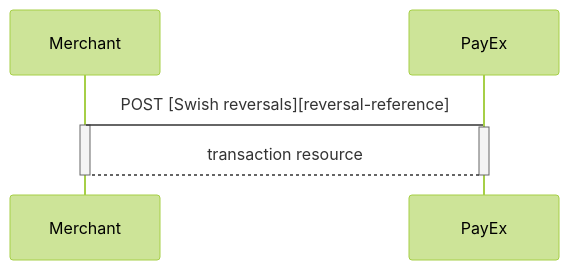
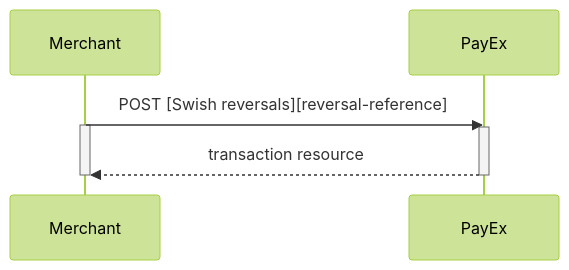
Before and after one commit to SwedbankPay/developer.swedbankpay.com: the sixth of 7 diagrams in payments/swish/index.md, drawn with Mermaid (forest theme). The commit also changed other lines of this file, not shown here.

Commit message:
dx-256 fix line lengths in swish index

````diff
--- a/payments/swish/index.md
+++ b/payments/swish/index.md
@@ -349,9 +473,9 @@
 ```mermaid
 sequenceDiagram
-  Merchant->PayEx: POST [Swish reversals][reversal-reference]
+  Merchant->>PayEx: POST [Swish reversals][reversal-reference]
   Activate Merchant
   Activate PayEx
-  PayEx-->Merchant: transaction resource
+  PayEx-->>Merchant: transaction resource
   Deactivate PayEx
   Deactivate Merchant
 ```
````
